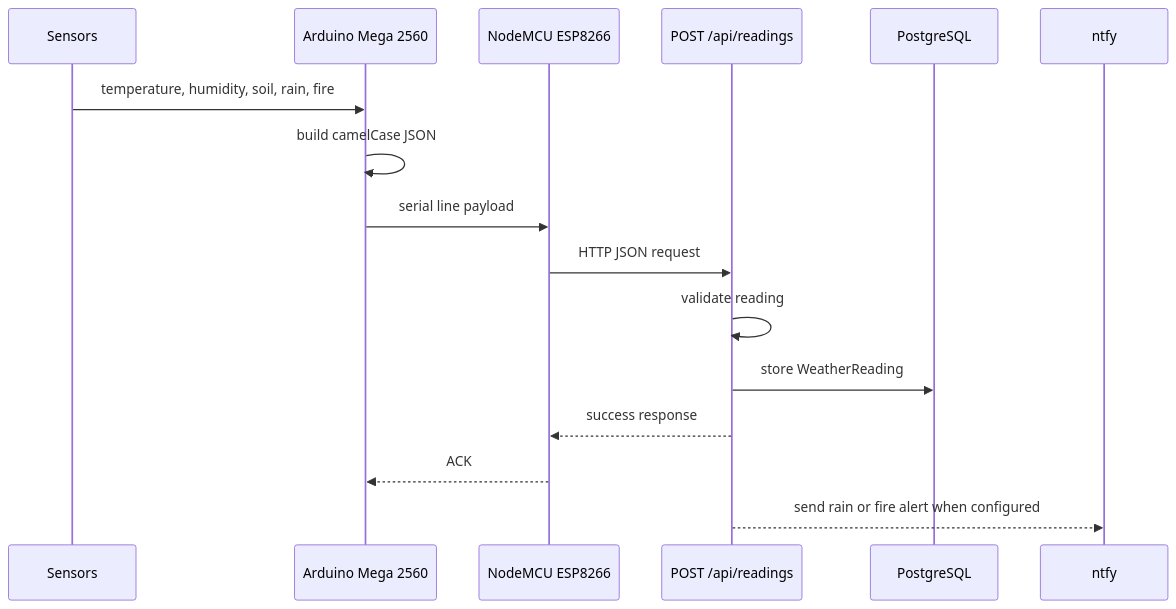
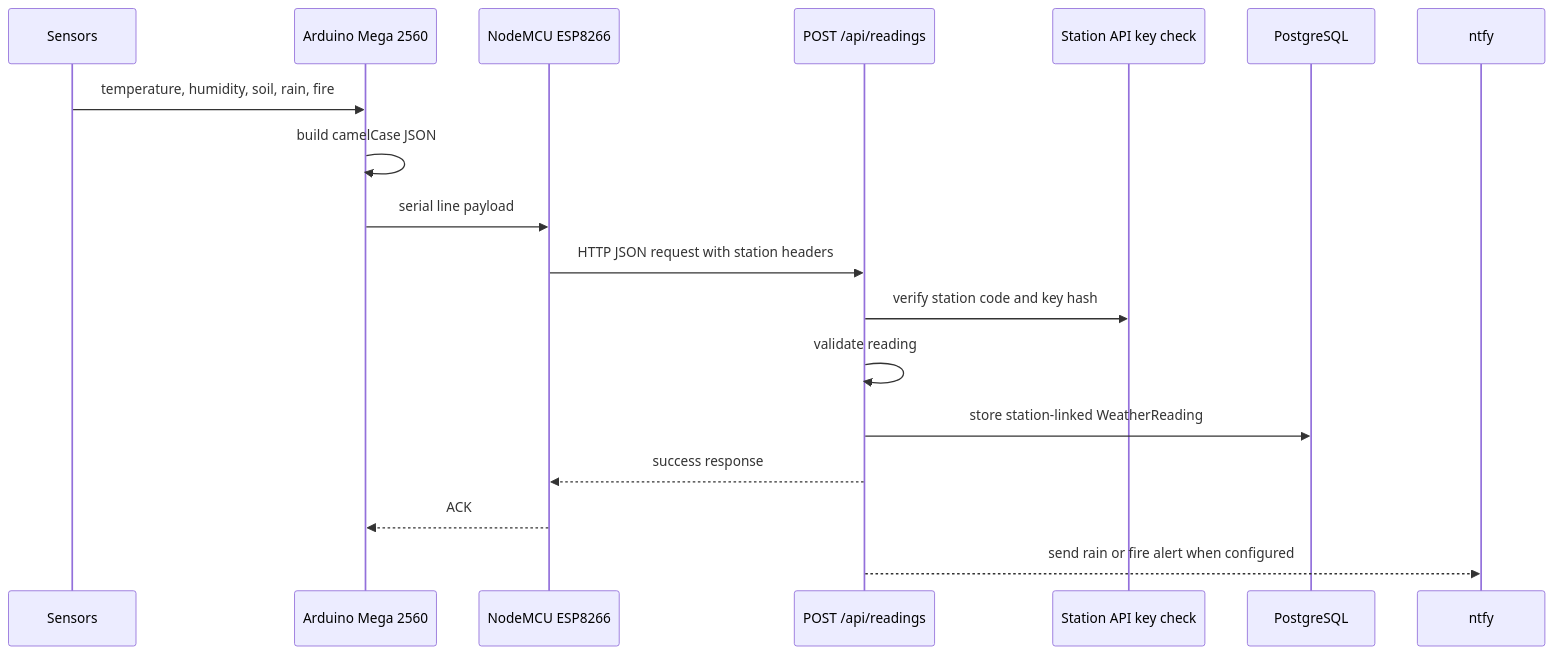
Before and after one commit to Sivothajan/weather-man2: the second of 6 diagrams in docs/diagrams.md, drawn with Mermaid. The commit also changed other lines of this file and 11 other files, not shown here.

````diff
--- a/docs/diagrams.md
+++ b/docs/diagrams.md
@@ -20,19 +24,21 @@
 ```mermaid
 sequenceDiagram
   participant Sensors as Sensors
   participant Mega as Arduino Mega 2560
   participant NodeMcu as NodeMCU ESP8266
   participant Api as POST /api/readings
+  participant Station as Station API key check
   participant Db as PostgreSQL
   participant Alert as ntfy
 
   Sensors->>Mega: temperature, humidity, soil, rain, fire
   Mega->>Mega: build camelCase JSON
   Mega->>NodeMcu: serial line payload
-  NodeMcu->>Api: HTTP JSON request
+  NodeMcu->>Api: HTTP JSON request with station headers
+  Api->>Station: verify station code and key hash
   Api->>Api: validate reading
-  Api->>Db: store WeatherReading
+  Api->>Db: store station-linked WeatherReading
   Api-->>NodeMcu: success response
   NodeMcu-->>Mega: ACK
   Api-->>Alert: send rain or fire alert when configured
 ```
````
